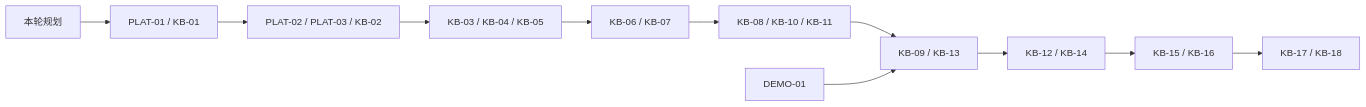
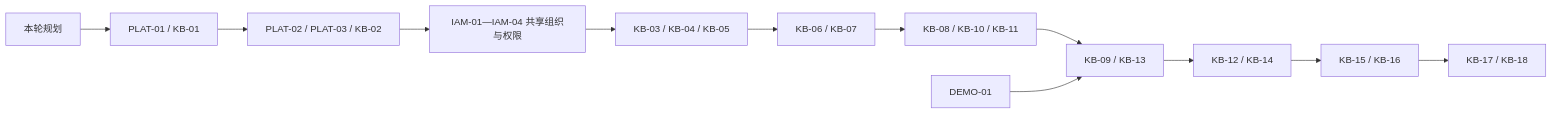
One commit to insanetoto/nuochong-page changed the diagram in docs/product/tasks.md. Above: the diagram before and after it, drawn with Mermaid. The commit also changed other lines of this file and 15 other files, not shown here.

````diff
--- a/docs/product/tasks.md
+++ b/docs/product/tasks.md
@@ -54,13 +65,14 @@
 ```mermaid
 flowchart LR
  P[本轮规划] --> A[PLAT-01 / KB-01]
  A --> B[PLAT-02 / PLAT-03 / KB-02]
- B --> C[KB-03 / KB-04 / KB-05]
+ B --> O[IAM-01—IAM-04 共享组织与权限]
+ O --> C[KB-03 / KB-04 / KB-05]
  C --> D[KB-06 / KB-07]
  D --> E[KB-08 / KB-10 / KB-11]
  E --> F[KB-09 / KB-13]
  F --> G[KB-12 / KB-14]
  G --> H[KB-15 / KB-16]
  H --> I[KB-17 / KB-18]
  J[DEMO-01] --> F
 ```
````
